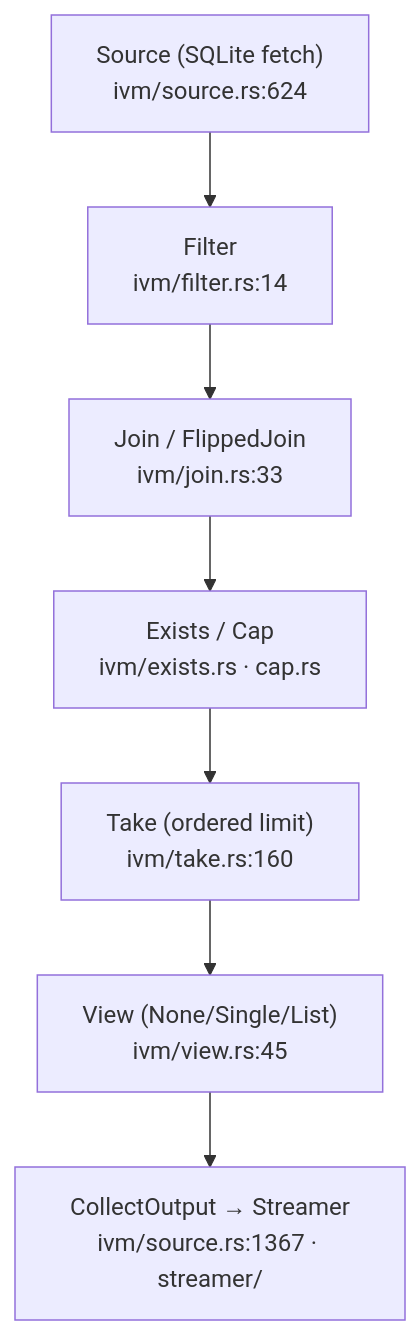
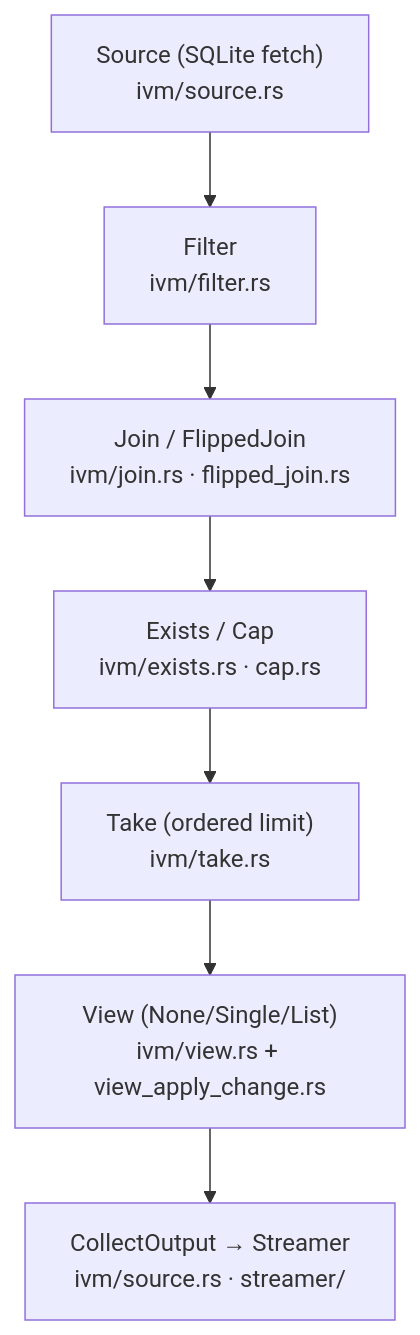
The ninth of 11 diagrams in RUST-SYNCER-ARCHITECTURE.md (kartikparsoya-eng/mono-better), drawn with Mermaid before and after one commit. The commit also changed other lines of this file and 9 other files, not shown here.

First line of the commit message:
docs(rust): authoritative syncer architecture guide + I-11, remove dead credit.rs

````diff
--- a/RUST-SYNCER-ARCHITECTURE.md
+++ b/RUST-SYNCER-ARCHITECTURE.md
@@ -362,9 +384,9 @@
 ```mermaid
 flowchart TB
-    SRC["Source (SQLite fetch)<br/>ivm/source.rs:624"] --> FILT["Filter<br/>ivm/filter.rs:14"]
-    FILT --> JOIN["Join / FlippedJoin<br/>ivm/join.rs:33"]
+    SRC["Source (SQLite fetch)<br/>ivm/source.rs"] --> FILT["Filter<br/>ivm/filter.rs"]
+    FILT --> JOIN["Join / FlippedJoin<br/>ivm/join.rs · flipped_join.rs"]
     JOIN --> EX["Exists / Cap<br/>ivm/exists.rs · cap.rs"]
-    EX --> TAKE["Take (ordered limit)<br/>ivm/take.rs:160"]
-    TAKE --> VIEW["View (None/Single/List)<br/>ivm/view.rs:45"]
-    VIEW --> COLL["CollectOutput → Streamer<br/>ivm/source.rs:1367 · streamer/"]
+    EX --> TAKE["Take (ordered limit)<br/>ivm/take.rs"]
+    TAKE --> VIEW["View (None/Single/List)<br/>ivm/view.rs + view_apply_change.rs"]
+    VIEW --> COLL["CollectOutput → Streamer<br/>ivm/source.rs · streamer/"]
 ```
````
